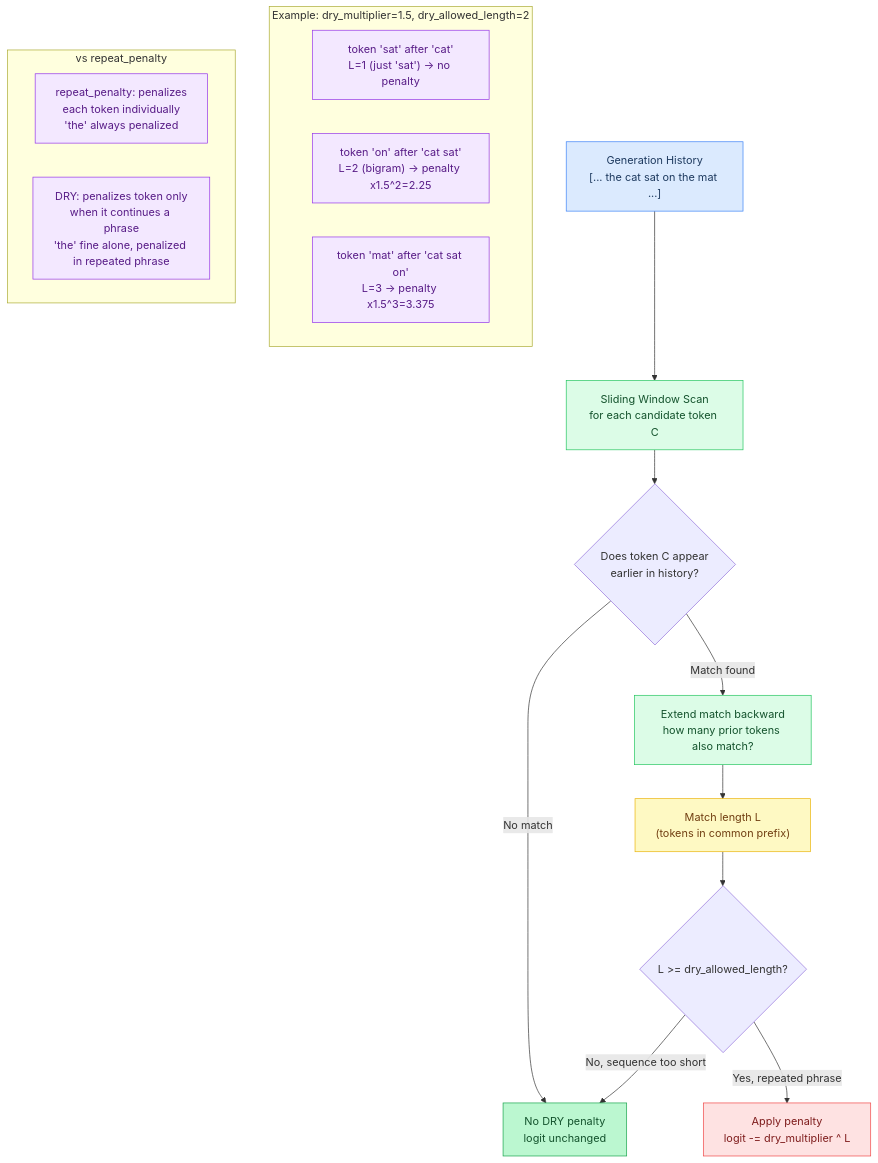
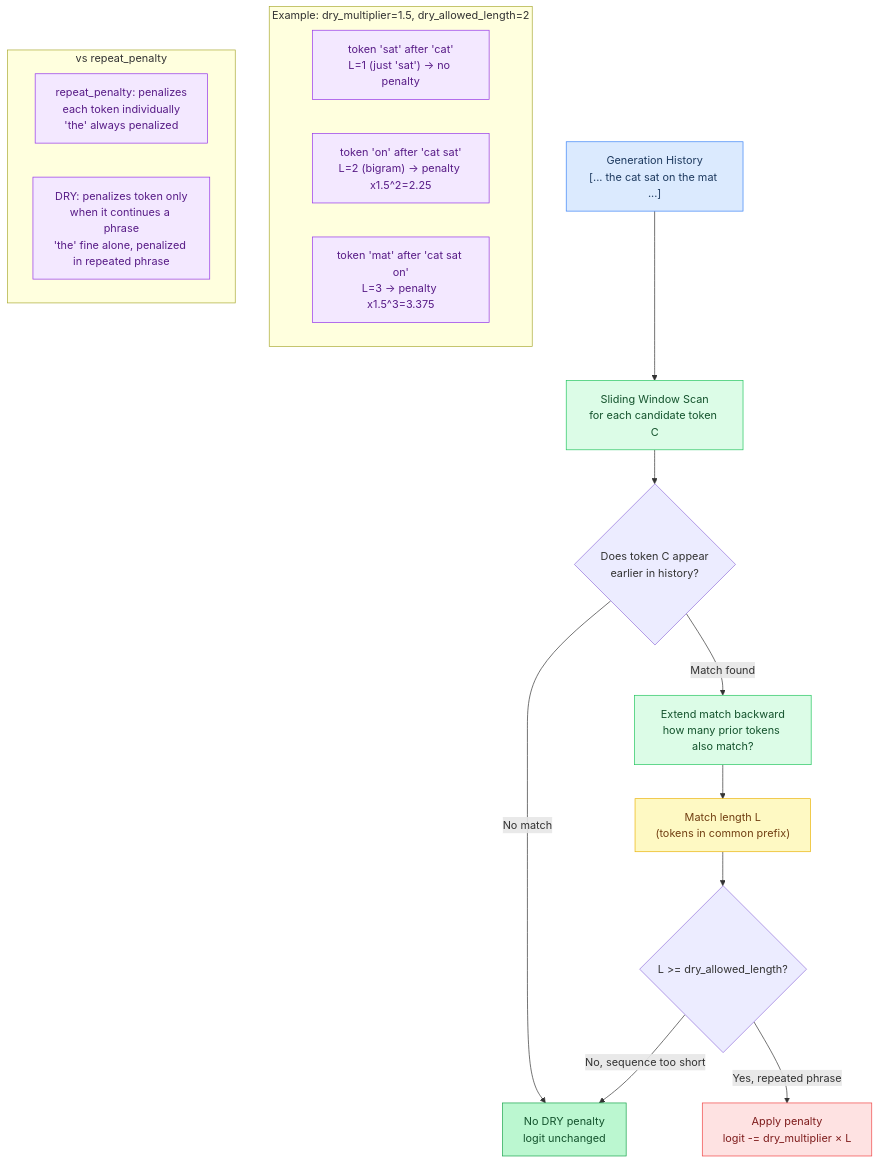
One commit to maci0/agave changed the second of 6 diagrams in docs/tutorial/07-sampling.md. Above: the diagram before and after it, drawn with Mermaid. The commit also changed 8 other files, not shown here.

````diff
--- a/docs/tutorial/07-sampling.md
+++ b/docs/tutorial/07-sampling.md
@@ -182,41 +182,41 @@
 ```mermaid
 flowchart TD
     classDef setup     fill:#dbeafe,stroke:#3b82f6,color:#1e3a5f
     classDef sync      fill:#dcfce7,stroke:#22c55e,color:#14532d
     classDef migration fill:#fef9c3,stroke:#eab308,color:#713f12
     classDef success   fill:#bbf7d0,stroke:#16a34a,color:#14532d
     classDef danger    fill:#fee2e2,stroke:#ef4444,color:#7f1d1d
     classDef optional  fill:#f3e8ff,stroke:#9333ea,color:#581c87
 
     History["Generation History\n[... the cat sat on the mat ...]"]:::setup
     Window["Sliding Window Scan\nfor each candidate token C"]:::sync
     NoPenalty["No DRY penalty\nlogit unchanged"]:::success
     Extend["Extend match backward\nhow many prior tokens also match?"]:::sync
     Length["Match length L\n(tokens in common prefix)"]:::migration
-    Penalty["Apply penalty\nlogit -= dry_multiplier ^ L"]:::danger
+    Penalty["Apply penalty\nlogit -= dry_multiplier × L"]:::danger
     Ex1["token 'sat' after 'cat'\nL=1 (just 'sat') → no penalty"]:::optional
     Ex2["token 'on' after 'cat sat'\nL=2 (bigram) → penalty x1.5^2=2.25"]:::optional
     Ex3["token 'mat' after 'cat sat on'\nL=3 → penalty x1.5^3=3.375"]:::optional
     RP["repeat_penalty: penalizes\neach token individually\n'the' always penalized"]:::optional
     DRY2["DRY: penalizes token only\nwhen it continues a phrase\n'the' fine alone, penalized in repeated phrase"]:::optional
 
     History --> Window
     Window --> Match{"Does token C appear\nearlier in history?"}
     Match -->|No match| NoPenalty
     Match -->|Match found| Extend
     Extend --> Length
     Length --> Allowed{"L >= dry_allowed_length?"}
     Allowed -->|No, sequence too short| NoPenalty
     Allowed -->|Yes, repeated phrase| Penalty
 
     subgraph Example["Example: dry_multiplier=1.5, dry_allowed_length=2"]
         Ex1
         Ex2
         Ex3
     end
 
     subgraph Contrast["vs repeat_penalty"]
         RP
         DRY2
     end
 ```
````
